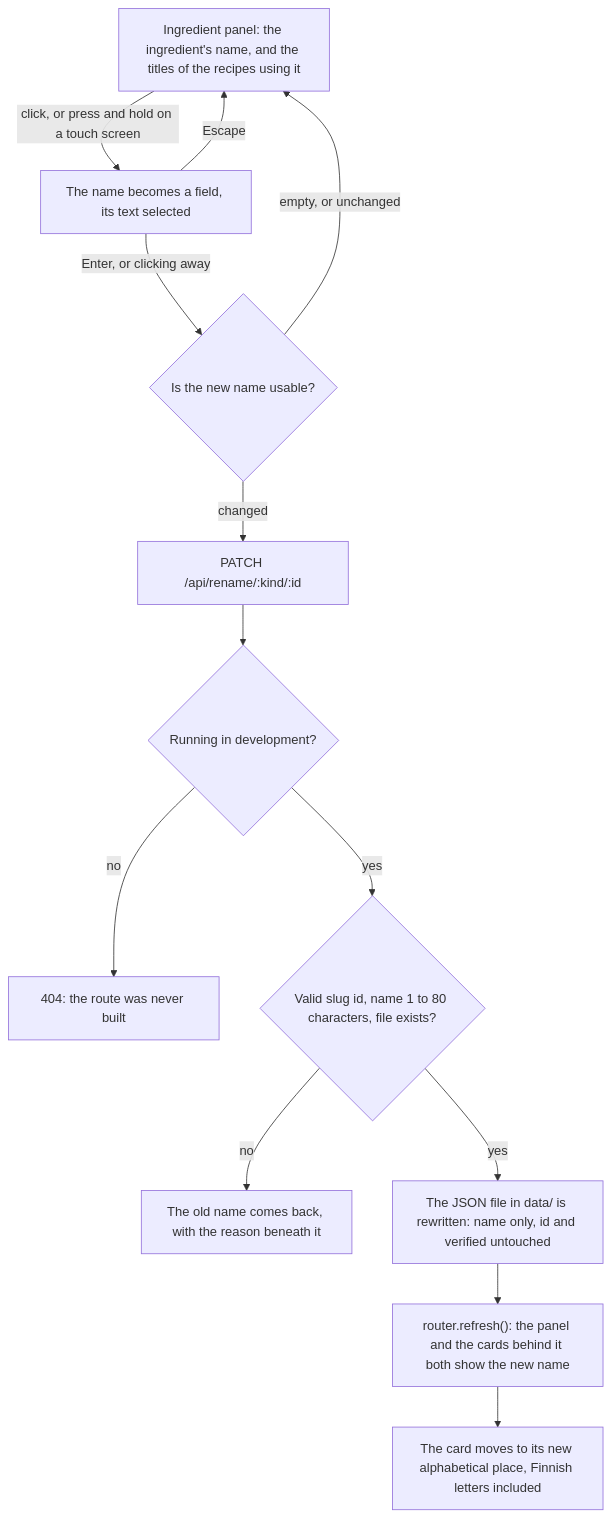
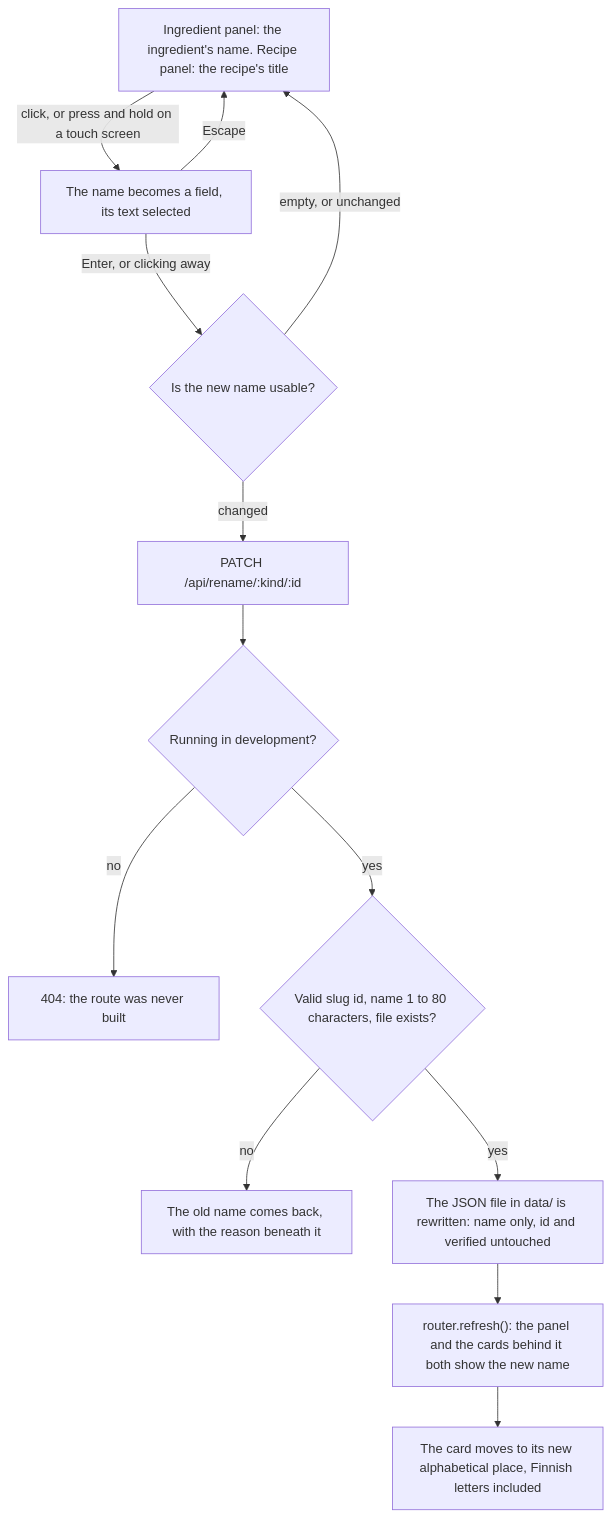
The fourth of 5 diagrams in docs/FLOWS.md (tiakangaspunta/eat-seasonal-app), drawn with Mermaid before and after one commit. The commit also changed other lines of this file and 28 other files, not shown here.

First line of the commit message:
Add the recipe view, recipe panel, and in-season marking (step 2, part 1)

````diff
--- a/docs/FLOWS.md
+++ b/docs/FLOWS.md
@@ -37,16 +82,16 @@
 ```mermaid
 flowchart TD
-    panel["Ingredient panel: the ingredient's name, and the titles of the recipes using it"]
+    panel["Ingredient panel: the ingredient's name. Recipe panel: the recipe's title"]
     panel -->|"click, or press and hold on a touch screen"| field["The name becomes a field, its text selected"]
     field -->|"Escape"| panel
     field -->|"Enter, or clicking away"| check{"Is the new name usable?"}
     check -->|"empty, or unchanged"| panel
     check -->|"changed"| write["PATCH /api/rename/:kind/:id"]
     write --> guard{"Running in development?"}
     guard -->|"no"| gone["404: the route was never built"]
     guard -->|"yes"| validate{"Valid slug id, name 1 to 80 characters, file exists?"}
     validate -->|"no"| error["The old name comes back, with the reason beneath it"]
     validate -->|"yes"| file["The JSON file in data/ is rewritten: name only, id and verified untouched"]
     file --> refresh["router.refresh(): the panel and the cards behind it both show the new name"]
     refresh --> reorder["The card moves to its new alphabetical place, Finnish letters included"]
 ```
````
